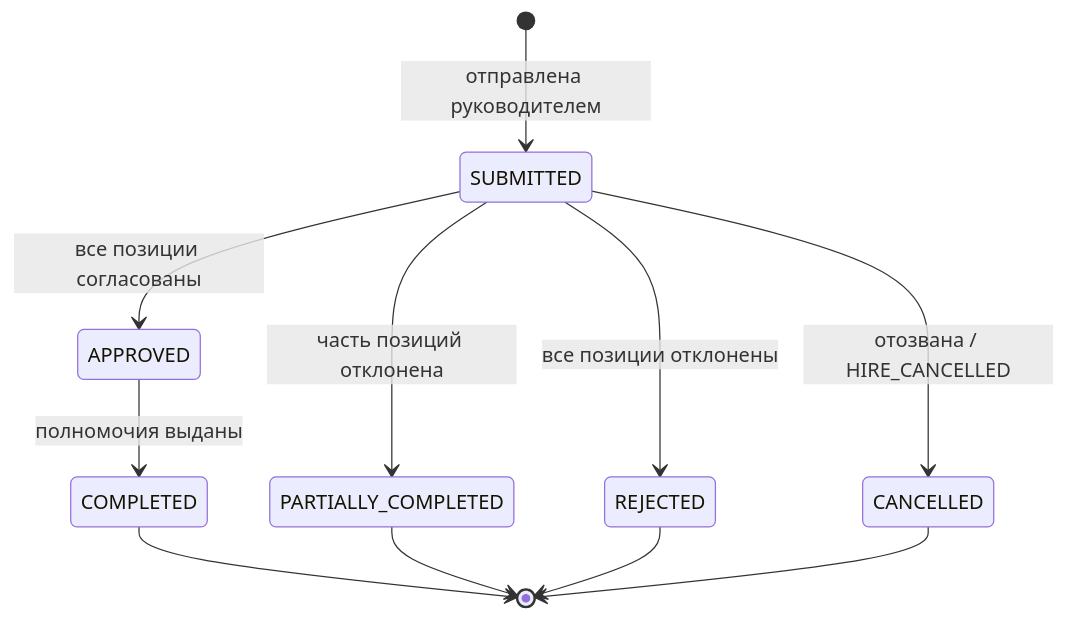
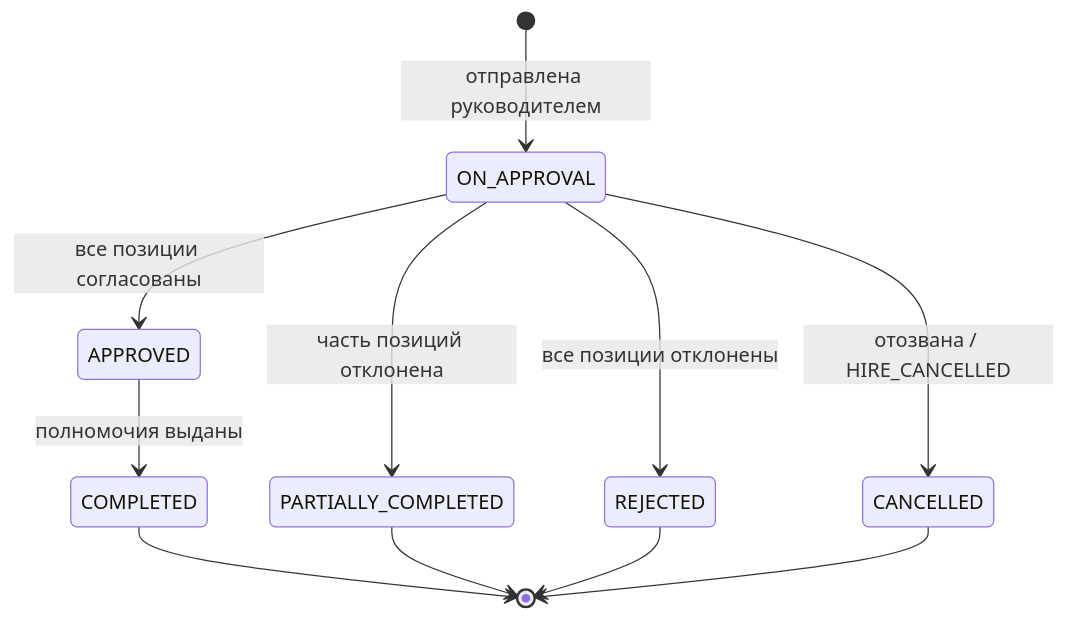
Before and after one commit to branch-danya-dev/case_portfolio: the third of 4 diagrams in src/content/docs/diagram-howto/state.mdx, drawn with Mermaid. The commit also changed other lines of this file and 16 other files, not shown here.

````diff
--- a/src/content/docs/diagram-howto/state.mdx
+++ b/src/content/docs/diagram-howto/state.mdx
@@ -115,13 +115,13 @@
 ```mermaid
 stateDiagram-v2
-    [*] --> SUBMITTED: отправлена руководителем
-    SUBMITTED --> APPROVED: все позиции согласованы
-    SUBMITTED --> PARTIALLY_COMPLETED: часть позиций отклонена
-    SUBMITTED --> REJECTED: все позиции отклонены
-    SUBMITTED --> CANCELLED: отозвана / HIRE_CANCELLED
+    [*] --> ON_APPROVAL: отправлена руководителем
+    ON_APPROVAL --> APPROVED: все позиции согласованы
+    ON_APPROVAL --> PARTIALLY_COMPLETED: часть позиций отклонена
+    ON_APPROVAL --> REJECTED: все позиции отклонены
+    ON_APPROVAL --> CANCELLED: отозвана / HIRE_CANCELLED
     APPROVED --> COMPLETED: полномочия выданы
     COMPLETED --> [*]
     PARTIALLY_COMPLETED --> [*]
     REJECTED --> [*]
     CANCELLED --> [*]
 ```
````
